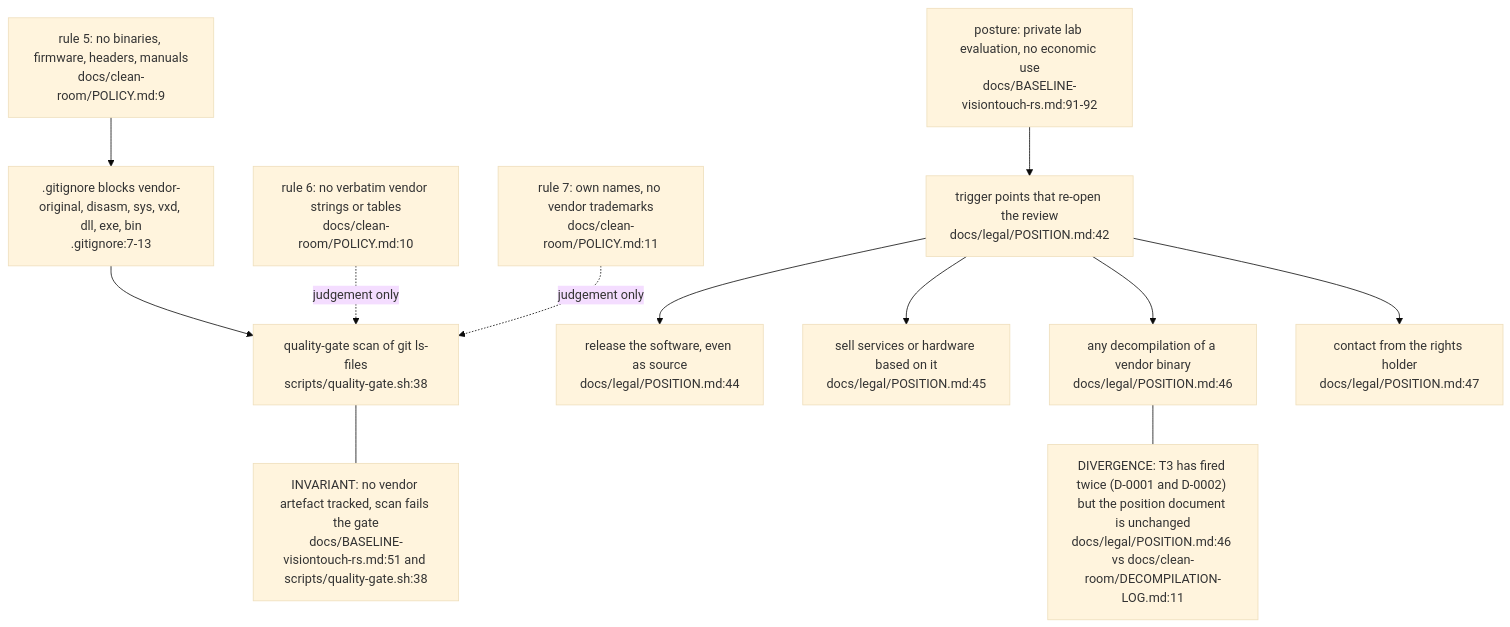
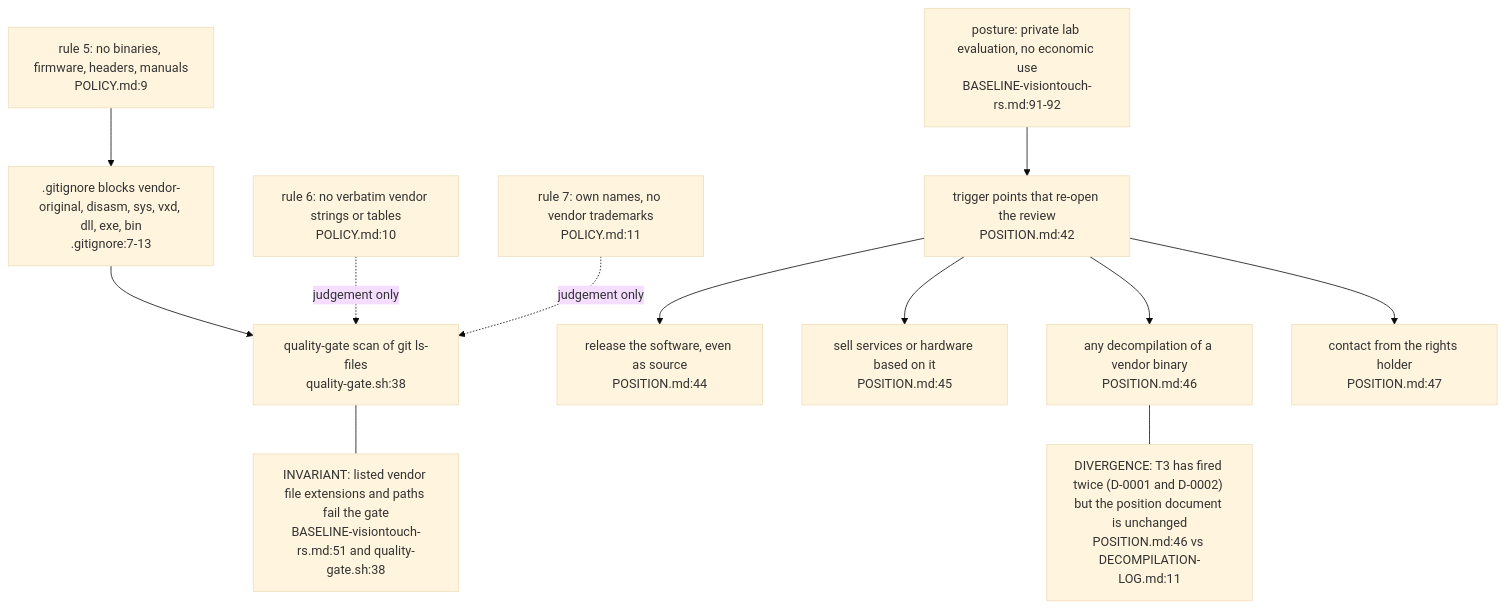
Before and after one commit to DreamLab-AI/VisionFlow: the fourth of 4 diagrams in docs/diagrams/visiontouch-rs/01-clean-room-method-and-provenance.md, drawn with Mermaid (base theme). The commit also changed other lines of this file and 27 other files, not shown here.

````diff
--- a/docs/diagrams/visiontouch-rs/01-clean-room-method-and-provenance.md
+++ b/docs/diagrams/visiontouch-rs/01-clean-room-method-and-provenance.md
@@ -112,27 +114,27 @@
 ```mermaid
 flowchart TB
-    R5["rule 5: no binaries, firmware, headers, manuals<br/>docs/clean-room/POLICY.md:9"]
-    R6["rule 6: no verbatim vendor strings or tables<br/>docs/clean-room/POLICY.md:10"]
-    R7["rule 7: own names, no vendor trademarks<br/>docs/clean-room/POLICY.md:11"]
+    R5["rule 5: no binaries, firmware, headers, manuals<br/>POLICY.md:9"]
+    R6["rule 6: no verbatim vendor strings or tables<br/>POLICY.md:10"]
+    R7["rule 7: own names, no vendor trademarks<br/>POLICY.md:11"]
     GI[".gitignore blocks vendor-original, disasm, sys, vxd, dll, exe, bin<br/>.gitignore:7-13"]
-    SC["quality-gate scan of git ls-files<br/>scripts/quality-gate.sh:38"]
-    TR["trigger points that re-open the review<br/>docs/legal/POSITION.md:42"]
-    T1["release the software, even as source<br/>docs/legal/POSITION.md:44"]
-    T2["sell services or hardware based on it<br/>docs/legal/POSITION.md:45"]
-    T3["any decompilation of a vendor binary<br/>docs/legal/POSITION.md:46"]
-    T4["contact from the rights holder<br/>docs/legal/POSITION.md:47"]
-    POS["posture: private lab evaluation, no economic use<br/>docs/BASELINE-visiontouch-rs.md:91-92"]
+    SC["quality-gate scan of git ls-files<br/>quality-gate.sh:38"]
+    TR["trigger points that re-open the review<br/>POSITION.md:42"]
+    T1["release the software, even as source<br/>POSITION.md:44"]
+    T2["sell services or hardware based on it<br/>POSITION.md:45"]
+    T3["any decompilation of a vendor binary<br/>POSITION.md:46"]
+    T4["contact from the rights holder<br/>POSITION.md:47"]
+    POS["posture: private lab evaluation, no economic use<br/>BASELINE-visiontouch-rs.md:91-92"]
     R5 --> GI
     GI --> SC
     R6 -. "judgement only" .-> SC
     R7 -. "judgement only" .-> SC
     POS --> TR
     TR --> T1
     TR --> T2
     TR --> T3
     TR --> T4
-    N1["INVARIANT: no vendor artefact tracked, scan fails the gate<br/>docs/BASELINE-visiontouch-rs.md:51 and scripts/quality-gate.sh:38"]
-    N2["DIVERGENCE: T3 has fired twice (D-0001 and D-0002) but the position document is unchanged<br/>docs/legal/POSITION.md:46 vs docs/clean-room/DECOMPILATION-LOG.md:11"]
+    N1["INVARIANT: listed vendor file extensions and paths fail the gate<br/>BASELINE-visiontouch-rs.md:51 and quality-gate.sh:38"]
+    N2["DIVERGENCE: T3 has fired twice (D-0001 and D-0002) but the position document is unchanged<br/>POSITION.md:46 vs DECOMPILATION-LOG.md:11"]
     SC --- N1
     T3 --- N2
 ```
````
